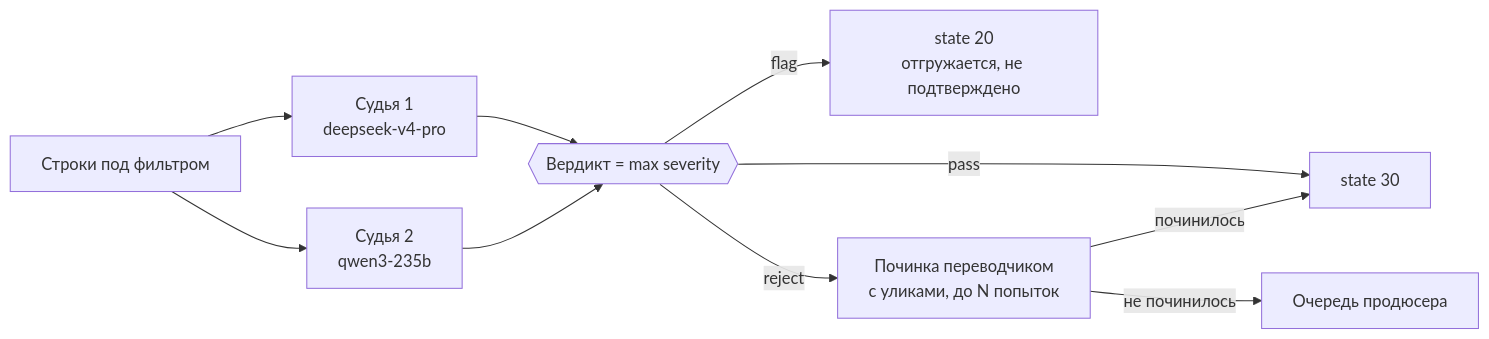
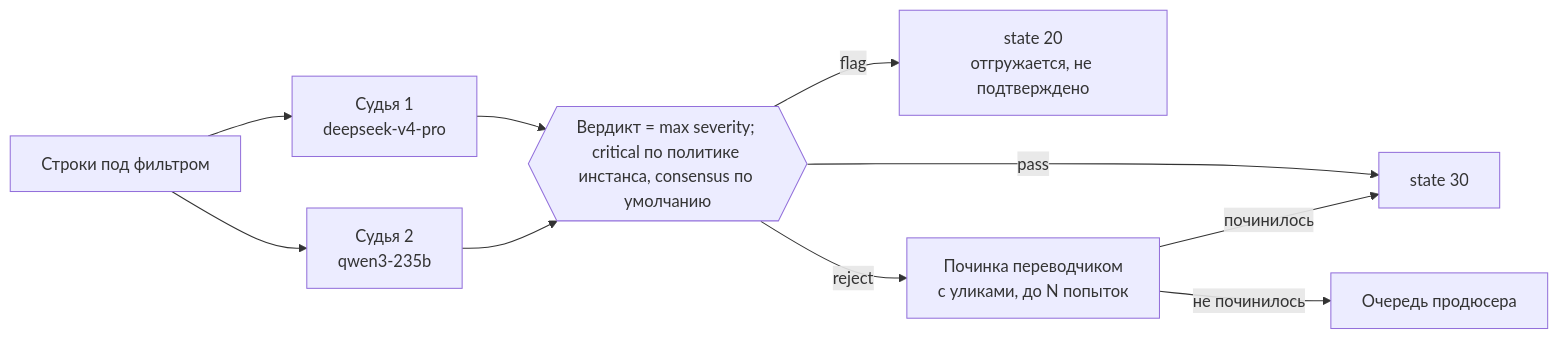
One commit to v9833078908/weblate-HC changed the first of 2 diagrams in docs/llm-first/designs/2026-08-13-judge-native-ui-design.md. Above: the diagram before and after it, drawn with Mermaid. The commit also changed 5 other files, not shown here.

````diff
--- a/docs/llm-first/designs/2026-08-13-judge-native-ui-design.md
+++ b/docs/llm-first/designs/2026-08-13-judge-native-ui-design.md
@@ -65,12 +65,12 @@
 ```mermaid
 flowchart LR
   ALL[Строки под фильтром] --> J1[Судья 1<br/>deepseek-v4-pro]
   ALL --> J2[Судья 2<br/>qwen3-235b]
-  J1 --> M{{Вердикт = max severity}}
+  J1 --> M{{Вердикт = max severity; critical по политике инстанса, consensus по умолчанию}}
   J2 --> M
   M -->|pass| OK[state 30]
   M -->|flag| SHIP[state 20<br/>отгружается, не подтверждено]
   M -->|reject| FIX[Починка переводчиком<br/>с уликами, до N попыток]
   FIX -->|починилось| OK
   FIX -->|не починилось| H[Очередь продюсера]
 ```
````
